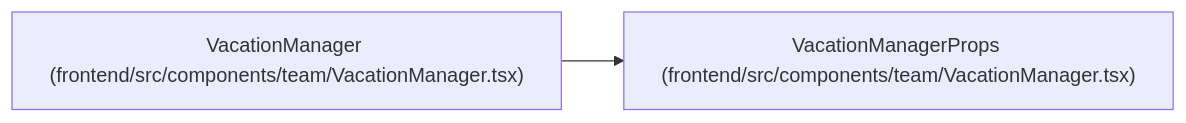
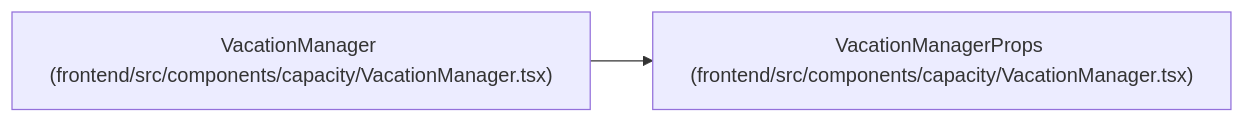
One commit to Denissvgn/WorkChord changed the diagram in docs/llm_wiki/entities/VacationManagerProps.md. Above: the diagram before and after it, drawn with Mermaid. The commit also changed other lines of this file and 2373 other files, not shown here.

````diff
--- a/docs/llm_wiki/entities/VacationManagerProps.md
+++ b/docs/llm_wiki/entities/VacationManagerProps.md
@@ -26,8 +26,8 @@
 ```mermaid
 flowchart LR
-    n0["VacationManagerProps (frontend/src/components/team/VacationManager.tsx)"]
-    n1["VacationManager (frontend/src/components/team/VacationManager.tsx)"]
+    n0["VacationManagerProps (frontend/src/components/capacity/VacationManager.tsx)"]
+    n1["VacationManager (frontend/src/components/capacity/VacationManager.tsx)"]
     n1 --> n0
     click n0 "../modules/VacationManager.md"
     click n1 "../modules/VacationManager.md"
 ```
````
